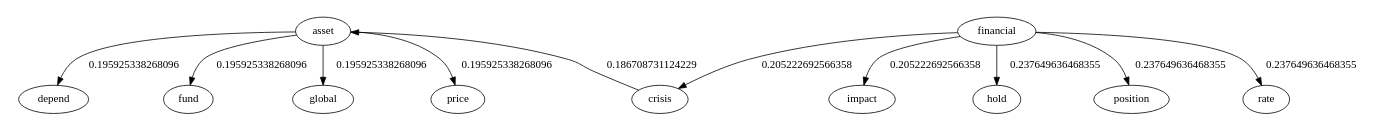
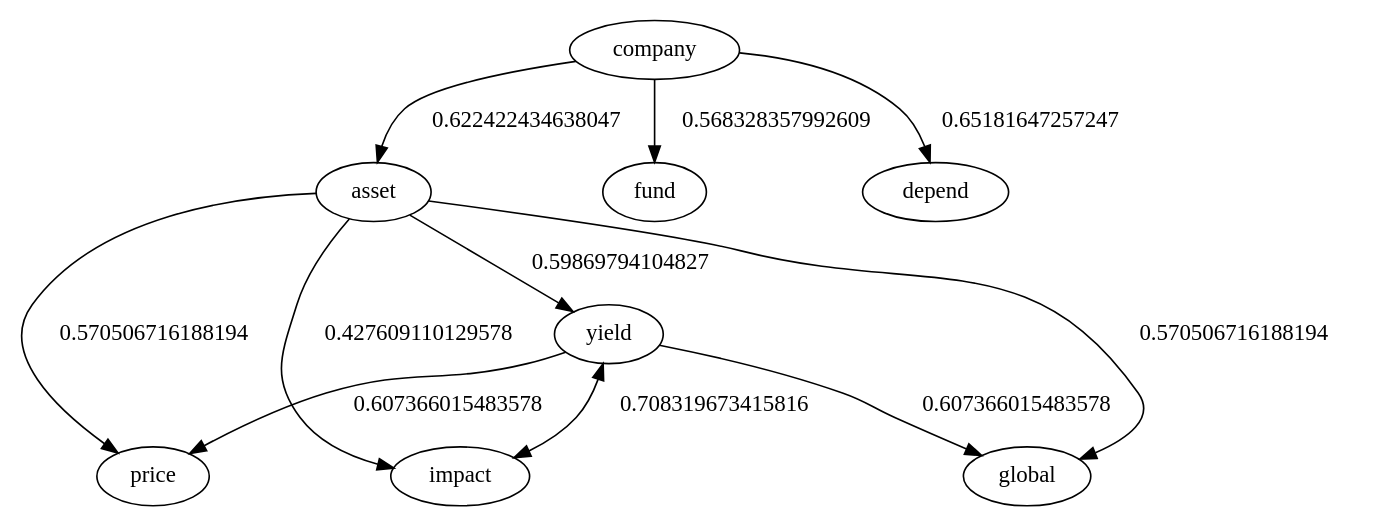
The diagram in Igraph.dot (Achikumarasinghe/research), drawn with Graphviz before and after one commit. The commit also changed 4 other files, not shown here.

```diff
--- a/Igraph.dot
+++ b/Igraph.dot
@@ -1,13 +1,13 @@
 digraph family {
 	size="10,10";
-asset->crisis[len=3.93987380662731,label=0.186708731124229,dir=back];
-asset->depend[len=3.91222398519571,label=0.195925338268096];
-asset->fund[len=3.91222398519571,label=0.195925338268096];
-asset->global[len=3.91222398519571,label=0.195925338268096];
-asset->price[len=3.91222398519571,label=0.195925338268096];
-financial->crisis[len=3.88433192230093,label=0.205222692566358];
-financial->impact[len=3.88433192230093,label=0.205222692566358];
-financial->hold[len=3.78705109059493,label=0.237649636468355];
-financial->position[len=3.78705109059493,label=0.237649636468355];
-financial->rate[len=3.78705109059493,label=0.237649636468355];
+asset->yield[len=2.70390617685519,label=0.59869794104827];
+asset->price[len=2.78847985143542,label=0.570506716188194];
+asset->global[len=2.78847985143542,label=0.570506716188194];
+asset->impact[len=3.21717266961127,label=0.427609110129578];
+company->fund[len=2.79501492602217,label=0.568328357992609];
+company->asset[len=2.63273269608586,label=0.622422434638047];
+company->depend[len=2.54455058228259,label=0.65181647257247];
+yield->price[len=2.67790195354927,label=0.607366015483578];
+yield->global[len=2.67790195354927,label=0.607366015483578];
+yield->impact[len=2.37504097975255,label=0.708319673415816,dir=both];
 }
```
